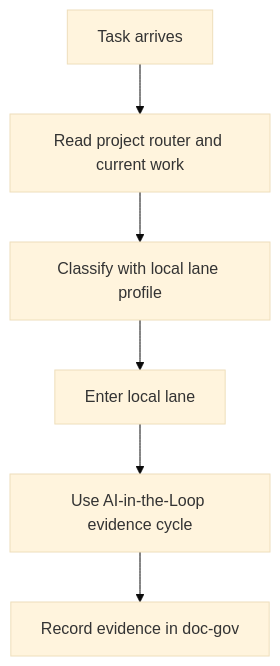
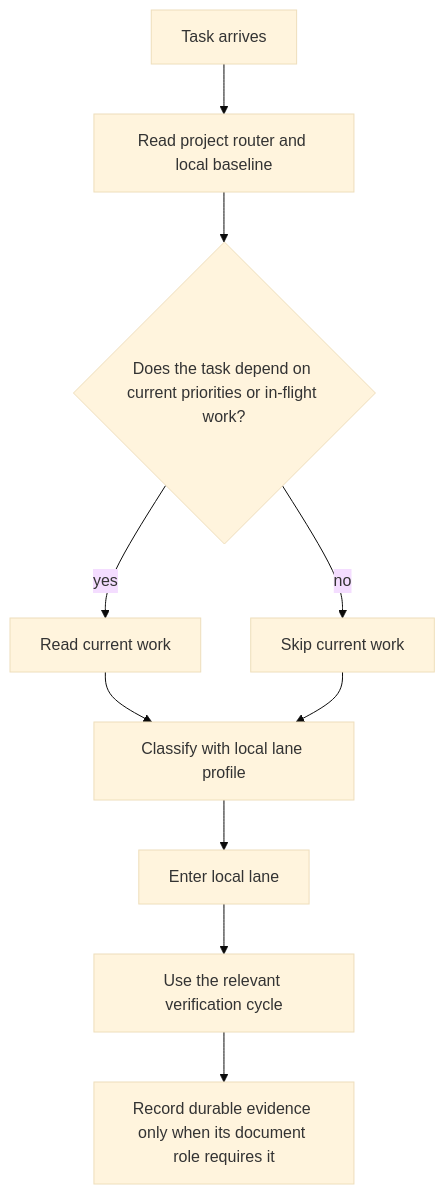
The diagram in docs/governance/agents-routing/engineering-runtime-v1.1.md (PieAIStudio/SupaLuv), drawn with Mermaid (base theme) before and after one commit. The commit also changed other lines of this file and 1 other file, not shown here.

Commit message:
chore: sync PGS governance route
Pinned-Override: GOV-AGENTS-ROUTING-ENGINEERING-RUNTIME-V1-1

````diff
--- a/docs/governance/agents-routing/engineering-runtime-v1.1.md
+++ b/docs/governance/agents-routing/engineering-runtime-v1.1.md
@@ -31,8 +31,12 @@
 ```mermaid
 flowchart TD
-  A["Task arrives"] --> B["Read project router and current work"]
-  B --> C["Classify with local lane profile"]
-  C --> F["Enter local lane"]
-  F --> H["Use AI-in-the-Loop evidence cycle"]
-  H --> I["Record evidence in doc-gov"]
+  A["Task arrives"] --> B["Read project router and local baseline"]
+  B --> C{"Does the task depend on current priorities or in-flight work?"}
+  C -->|"yes"| D["Read current work"]
+  C -->|"no"| E["Skip current work"]
+  D --> F["Classify with local lane profile"]
+  E --> F
+  F --> G["Enter local lane"]
+  G --> H["Use the relevant verification cycle"]
+  H --> I["Record durable evidence only when its document role requires it"]
 ```
````
